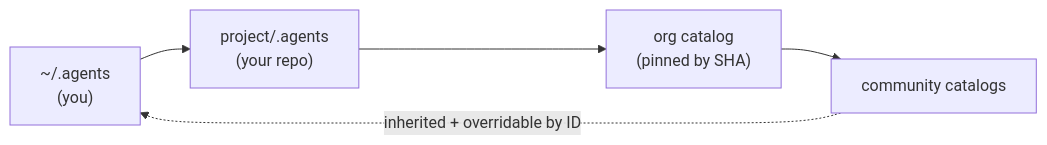
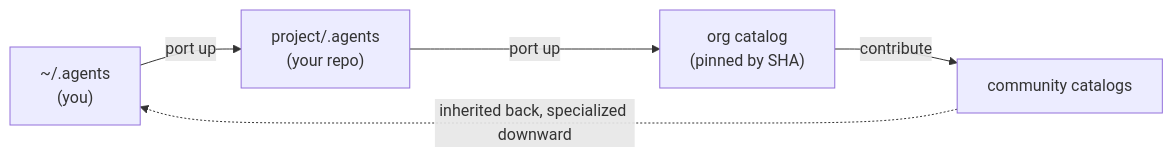
One commit to ai-outfitter/outfitter changed the diagram in README.md. Above: the diagram before and after it, drawn with Mermaid. The commit also changed 2 other files, not shown here.

Commit message:
docs: rebuild mermaid diagrams per the community mermaid skill
Semantic node ids throughout, self-closing <br/>, quoted labels,
autonumber on the run sequence, and labeled graduation edges on the
README ladder. Skill: ai-outfitter/community-profiles#9.

````diff
--- a/README.md
+++ b/README.md
@@ -19,7 +19,7 @@
   ```mermaid
   flowchart LR
-    A["~/.agents<br/>(you)"] --> B["project/.agents<br/>(your repo)"]
-    B --> C["org catalog<br/>(pinned by SHA)"]
-    C --> D["community catalogs"]
-    D -. "inherited + overridable by ID" .-> A
+    personal["~/.agents<br/>(you)"] -->|port up| project["project/.agents<br/>(your repo)"]
+    project -->|port up| org["org catalog<br/>(pinned by SHA)"]
+    org -->|contribute| community["community catalogs"]
+    community -. "inherited back, specialized downward" .-> personal
   ```
````
